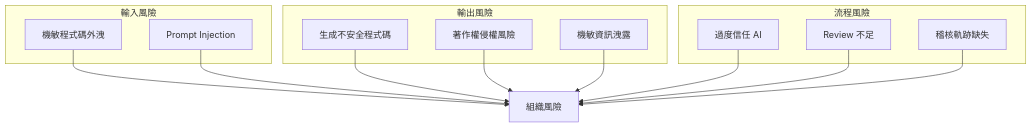
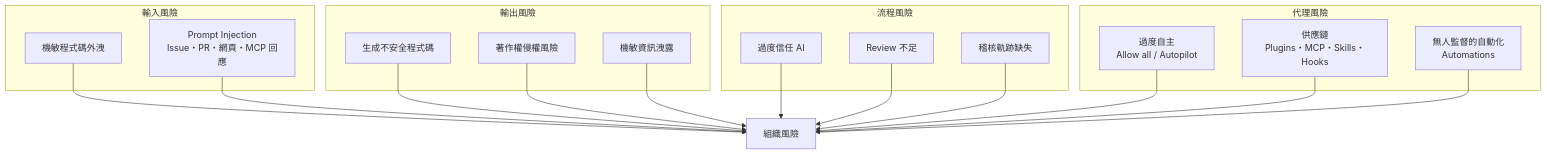
Before and after one commit to chihhung/Blog: diagram 16 of 26 in content/posts/教學/AI開發/github copilot生態圈教學手冊.md, drawn with Mermaid. The commit also changed other lines of this file and 2 other files, not shown here.

````diff
--- a/content/posts/教學/AI開發/github copilot生態圈教學手冊.md
+++ b/content/posts/教學/AI開發/github copilot生態圈教學手冊.md
@@ -2345,28 +3369,37 @@
 ```mermaid
 graph TB
     subgraph "輸入風險"
         A[機敏程式碼外洩]
-        B[Prompt Injection]
+        B[Prompt Injection<br/>Issue・PR・網頁・MCP 回應]
     end
-    
+
     subgraph "輸出風險"
         C[生成不安全程式碼]
         D[著作權侵權風險]
         E[機敏資訊洩露]
     end
-    
+
     subgraph "流程風險"
         F[過度信任 AI]
         G[Review 不足]
         H[稽核軌跡缺失]
     end
-    
+
+    subgraph "代理風險"
+        P[過度自主<br/>Allow all / Autopilot]
+        Q[供應鏈<br/>Plugins・MCP・Skills・Hooks]
+        R[無人監督的自動化<br/>Automations]
+    end
+
     A --> I[組織風險]
     B --> I
     C --> I
     D --> I
     E --> I
     F --> I
     G --> I
     H --> I
+    P --> I
+    Q --> I
+    R --> I
 ```
````
